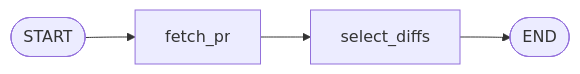
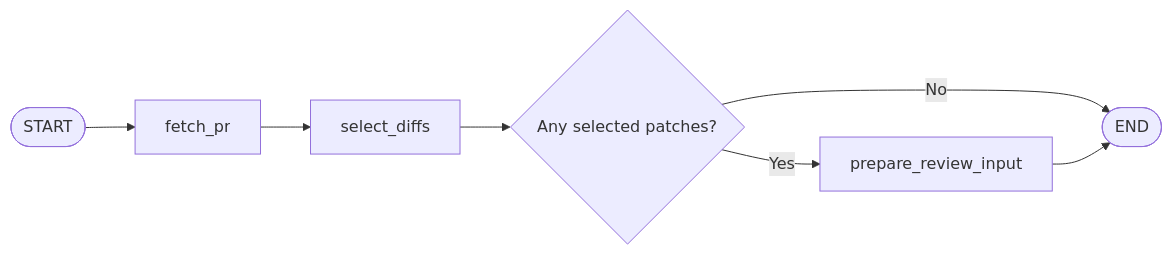
Before and after one commit to dulkarsamanvn/gitfox: the diagram in backend/README.md, drawn with Mermaid. The commit also changed other lines of this file and 5 other files, not shown here.

Commit message:
feat: route selected diffs to AI input preparation

````diff
--- a/backend/README.md
+++ b/backend/README.md
@@ -434,6 +434,9 @@
 ```mermaid
 flowchart LR
     START([START]) --> fetch_pr
     fetch_pr --> select_diffs
-    select_diffs --> END([END])
+    select_diffs --> decision{Any selected patches?}
+    decision -->|Yes| prepare_review_input
+    decision -->|No| END([END])
+    prepare_review_input --> END
 ```
````
